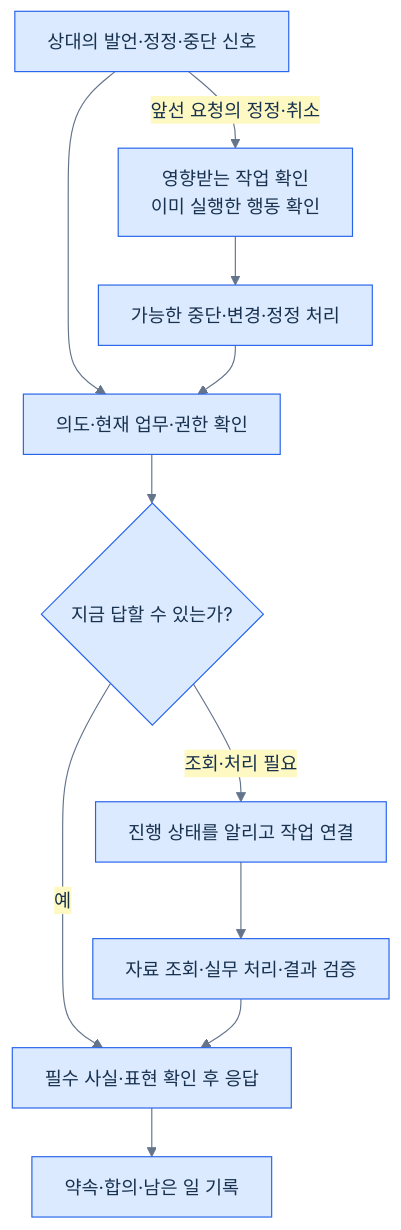
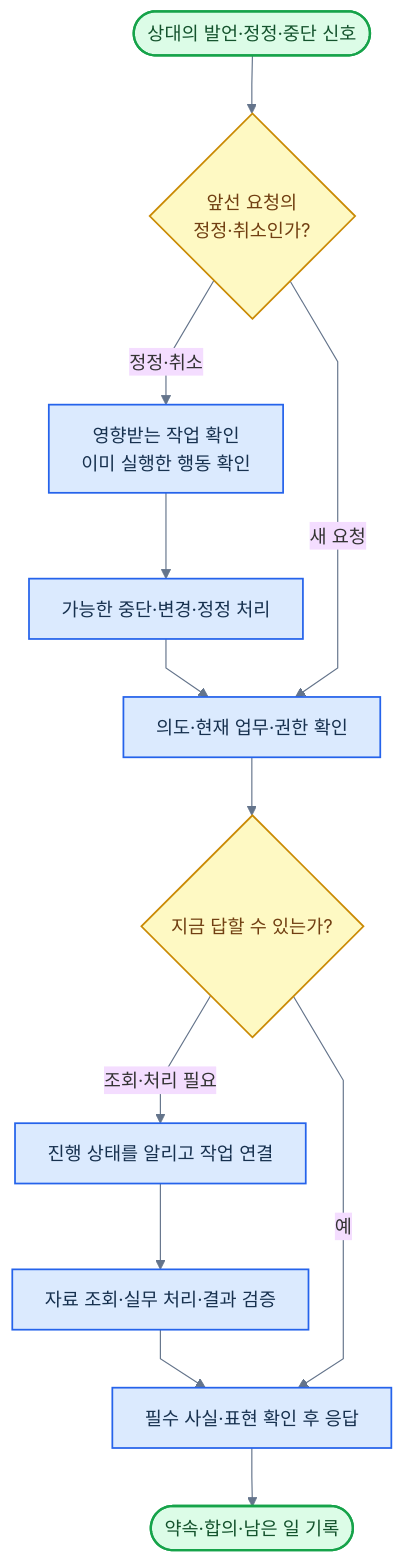
Before and after one commit to harisbaguette/expert: the sixth of 17 diagrams in 전문가 에이전트 정의 2.md, drawn with Mermaid. The commit also changed other lines of this file, not shown here.

````diff
--- a/전문가 에이전트 정의 2.md
+++ b/전문가 에이전트 정의 2.md
@@ -233,12 +294,27 @@
 ```mermaid
-%%{init: {"theme": "base", "themeVariables": {"fontFamily": "Arial, sans-serif", "fontSize": "16px", "primaryColor": "#dbeafe", "primaryTextColor": "#17314f", "primaryBorderColor": "#2563eb", "lineColor": "#64748b", "secondaryColor": "#fef9c3", "tertiaryColor": "#f8fafc"}, "flowchart": {"curve": "basis", "nodeSpacing": 32, "rankSpacing": 42, "padding": 14, "wrappingWidth": 240, "useMaxWidth": true}}}%%
+%%{init: {"theme":"base","themeVariables":{"fontFamily":"Arial, sans-serif","fontSize":"16px","lineColor":"#64748b"},"flowchart":{"curve":"linear","nodeSpacing":40,"rankSpacing":50,"padding":14,"wrappingWidth":240,"useMaxWidth":true}}}%%
 flowchart TB
-    A["상대의 발언·정정·중단 신호"] --> B["의도·현재 업무·권한 확인"]
-    B --> C{"지금 답할 수 있는가?"}
-    C -->|예| D["필수 사실·표현 확인 후 응답"]
-    C -->|조회·처리 필요| E["진행 상태를 알리고 작업 연결"]
-    E --> F["자료 조회·실무 처리·결과 검증"] --> D
-    A -->|앞선 요청의 정정·취소| G["영향받는 작업 확인<br/>이미 실행한 행동 확인"]
-    G --> H["가능한 중단·변경·정정 처리"] --> B
-    D --> I["약속·합의·남은 일 기록"]
+    S(["상대의 발언·정정·중단 신호"])
+    Q{"앞선 요청의<br/>정정·취소인가?"}
+    G["영향받는 작업 확인<br/>이미 실행한 행동 확인"]
+    H["가능한 중단·변경·정정 처리"]
+    B["의도·현재 업무·권한 확인"]
+    C{"지금 답할 수 있는가?"}
+    E["진행 상태를 알리고 작업 연결"]
+    F["자료 조회·실무 처리·결과 검증"]
+    D["필수 사실·표현 확인 후 응답"]
+    I(["약속·합의·남은 일 기록"])
+    S --> Q
+    Q -->|정정·취소| G --> H --> B
+    Q -->|새 요청| B
+    B --> C
+    C -->|조회·처리 필요| E --> F --> D
+    C -->|예| D
+    D --> I
+    classDef default fill:#dbeafe,stroke:#2563eb,stroke-width:1.5px,color:#17314f
+    classDef term fill:#dcfce7,stroke:#16a34a,stroke-width:2px,color:#14532d
+    classDef stop fill:#fee2e2,stroke:#dc2626,stroke-width:2px,color:#7f1d1d
+    classDef dec fill:#fef9c3,stroke:#ca8a04,stroke-width:1.5px,color:#713f12
+    class S,I term
+    class Q,C dec
 ```
````
